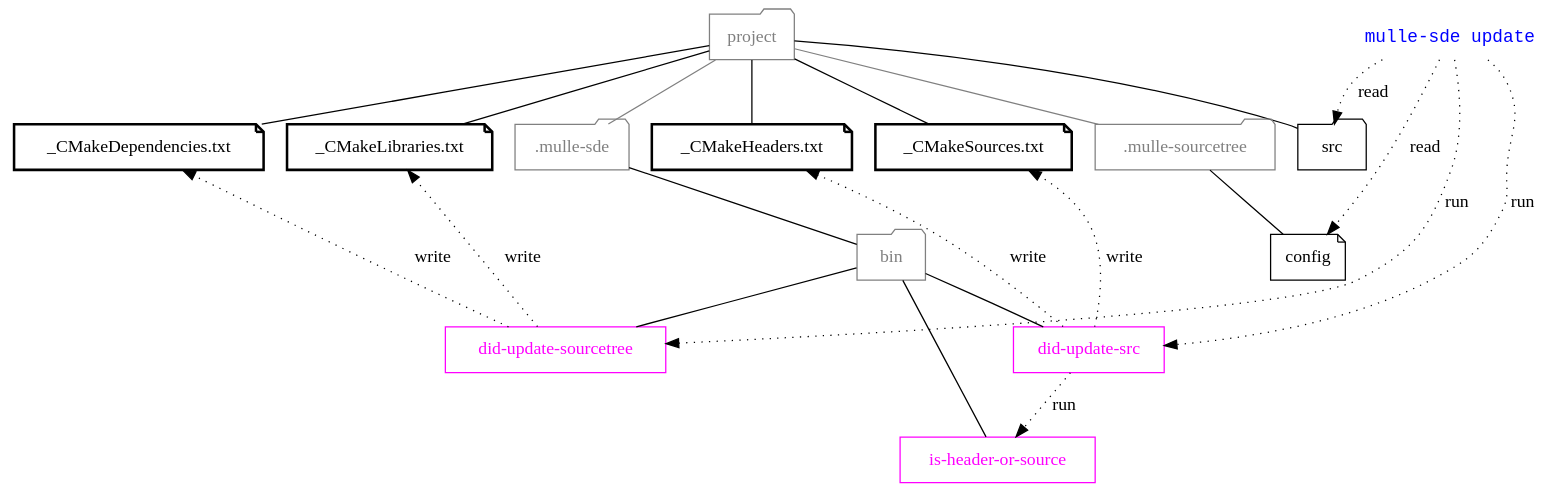
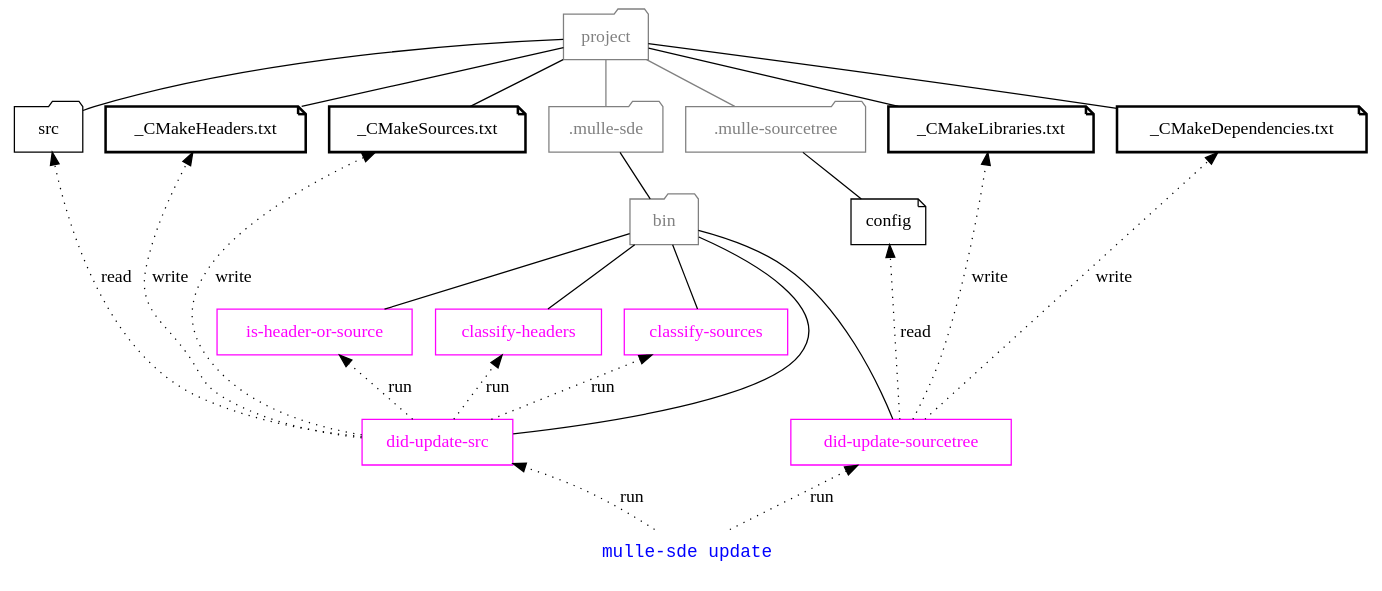
The diagram in dox/mulle-sde-update.dot (mulle-sde/mulle-sde), drawn with Graphviz before and after one commit. The commit also changed 11 other files, not shown here.

```diff
--- a/dox/mulle-sde-update.dot
+++ b/dox/mulle-sde-update.dot
@@ -1,57 +1,68 @@
 digraph G {
     graph [rankdir = TD];
 
     node[shape=record];
 
     { rank = same;  "project" };
-    { rank = same;  "src", ".mulle-sourcetree", ".mulle-sde", "_CMakeHeaders.txt", "_CMakeSources.txt", "_CMakeLibraries.txt", "_CMakeDependencies.txt"};
-    { rank = same;  "bin" };
+    { rank = same;  "src", ".mulle-sde" ".mulle-sourcetree", "_CMakeHeaders.txt", "_CMakeSources.txt", "_CMakeLibraries.txt", "_CMakeDependencies.txt"};
+    { rank = same;  "bin", "config"}
+    { rank = same;  "is-header-or-source", "classify-headers", "classify-sources" };
     { rank = same;  "did-update-src", "did-update-sourcetree" };
-    { rank = same;  "is-header-or-source" };
     { rank = last;  "mulle-sde update" };
 
     "_CMakeHeaders.txt"      [ shape="note", penwidth="2" ]
     "_CMakeSources.txt"      [ shape="note", penwidth="2"]
     "_CMakeDependencies.txt" [ shape="note", penwidth="2"]
     "_CMakeLibraries.txt"    [ shape="note", penwidth="2"]
 
     "did-update-src"         [ shape="box", color="magenta", fontcolor="magenta" ]
     "did-update-sourcetree"  [ shape="box", color="magenta", fontcolor="magenta" ]
     "is-header-or-source"    [ shape="box", color="magenta", fontcolor="magenta" ]
+    "classify-headers"       [ shape="box", color="magenta", fontcolor="magenta" ]
+    "classify-sources"       [ shape="box", color="magenta", fontcolor="magenta" ]
 
     "project"           [ shape="folder", color="gray", fontcolor="gray" ]
     "project" -> "src"  [ arrowhead="none" ]
     "project" -> ".mulle-sde" [ arrowhead="none", color="gray", fontcolor="gray" ]
     "project" -> ".mulle-sourcetree" [ arrowhead="none", color="gray", fontcolor="gray" ]
     "project" -> "_CMakeHeaders.txt" [ arrowhead="none" ]
     "project" -> "_CMakeSources.txt" [ arrowhead="none" ]
     "project" -> "_CMakeDependencies.txt" [ arrowhead="none" ]
     "project" -> "_CMakeLibraries.txt" [ arrowhead="none" ]
 
     "src"               [ shape="folder"]
     ".mulle-sde"        [ shape="folder", color="gray", fontcolor="gray"]
     ".mulle-sourcetree" [ shape="folder", color="gray", fontcolor="gray"]
     "bin"               [ shape="folder", color="gray", fontcolor="gray"]
     "config"            [ shape="note" ]
 
+    "mulle-sde update" [ shape="none", fontname="monospace", fontcolor="blue"]
+    "is-header-or-source"   -> "did-update-src"   [ style="invis" ]
+    "did-update-src"        -> "mulle-sde update"   [ style="invis" ]
+    "did-update-sourcetree" -> "mulle-sde update"   [ style="invis" ]
+
+
     ".mulle-sde" -> "bin"               [ arrowhead="none" ]
     "bin"  -> "did-update-src"          [ arrowhead="none" ]
     "bin"  -> "did-update-sourcetree"   [ arrowhead="none" ]
     "bin"  -> "is-header-or-source"     [ arrowhead="none" ]
+    "bin"  -> "classify-headers"        [ arrowhead="none" ]
+    "bin"  -> "classify-sources"        [ arrowhead="none" ]
     ".mulle-sourcetree" -> "config"     [ arrowhead="none" ]
 
-    "mulle-sde update" [ shape="none", fontname="monospace", fontcolor="blue"]
 
     "mulle-sde update"  -> "did-update-src"        [ style="dotted", label="run" ]
-    "mulle-sde update"  -> "did-update-sourcetree" [ style="dotted", label="run" ]
+    "mulle-sde update"  -> "did-update-sourcetree" [ style="dotted", label="run"]
 
     "did-update-src" -> "_CMakeHeaders.txt"   [ style="dotted", label="write" ]
     "did-update-src" -> "is-header-or-source" [ style="dotted", label="run" ]
     "did-update-src" -> "_CMakeSources.txt"   [ style="dotted", label="write" ]
+    "did-update-src" -> "classify-headers"    [ style="dotted", label="run" ]
+    "did-update-src" -> "classify-sources"    [ style="dotted", label="run" ]
 
     "did-update-sourcetree" -> "_CMakeDependencies.txt" [ style="dotted", label="write" ]
     "did-update-sourcetree" -> "_CMakeLibraries.txt"    [ style="dotted", label="write" ]
 
-    "mulle-sde update" -> "src"       [ style="dotted", label="read" ]
-    "mulle-sde update" -> "config"    [ style="dotted", label="read" ]
+    "did-update-src"        -> "src"       [ style="dotted", label="read" ]
+    "did-update-sourcetree" -> "config"    [ style="dotted", label="read" ]
 }
```
